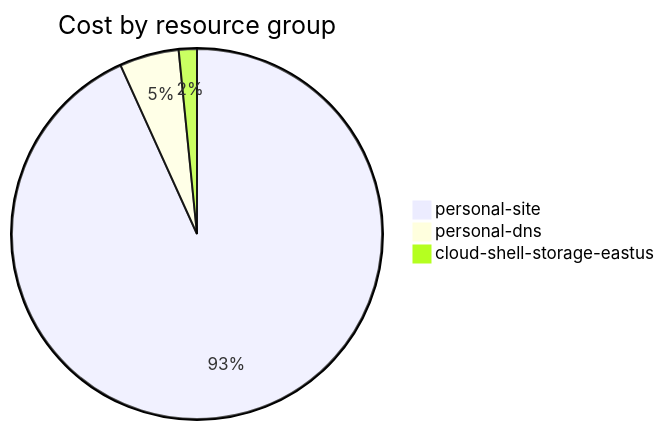
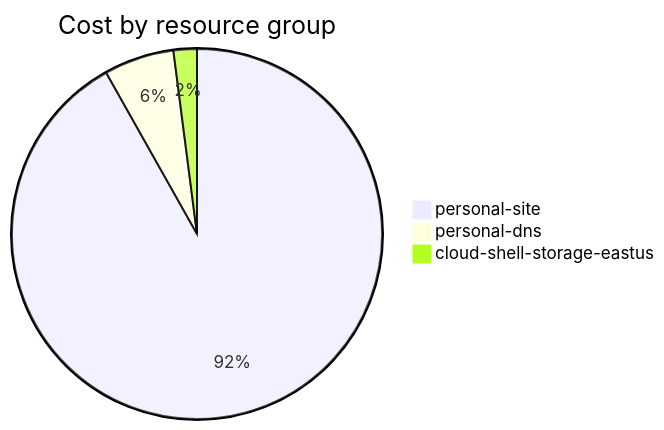
One commit to jpfulton/azure-personal-reports changed the fourth of 4 diagrams in cost-reports/accumulated-cost.md. Above: the diagram before and after it, drawn with Mermaid. The commit also changed other lines of this file and 4 other files, not shown here.

````diff
--- a/cost-reports/accumulated-cost.md
+++ b/cost-reports/accumulated-cost.md
@@ -141,7 +141,7 @@
 ```mermaid
 pie
    title Cost by resource group
-   "personal-site" : 17.07
-   "personal-dns" : 0.95
-   "cloud-shell-storage-eastus" : 0.29
+   "personal-site" : 0.45
+   "personal-dns" : 0.03
+   "cloud-shell-storage-eastus" : 0.01
 ```
````
